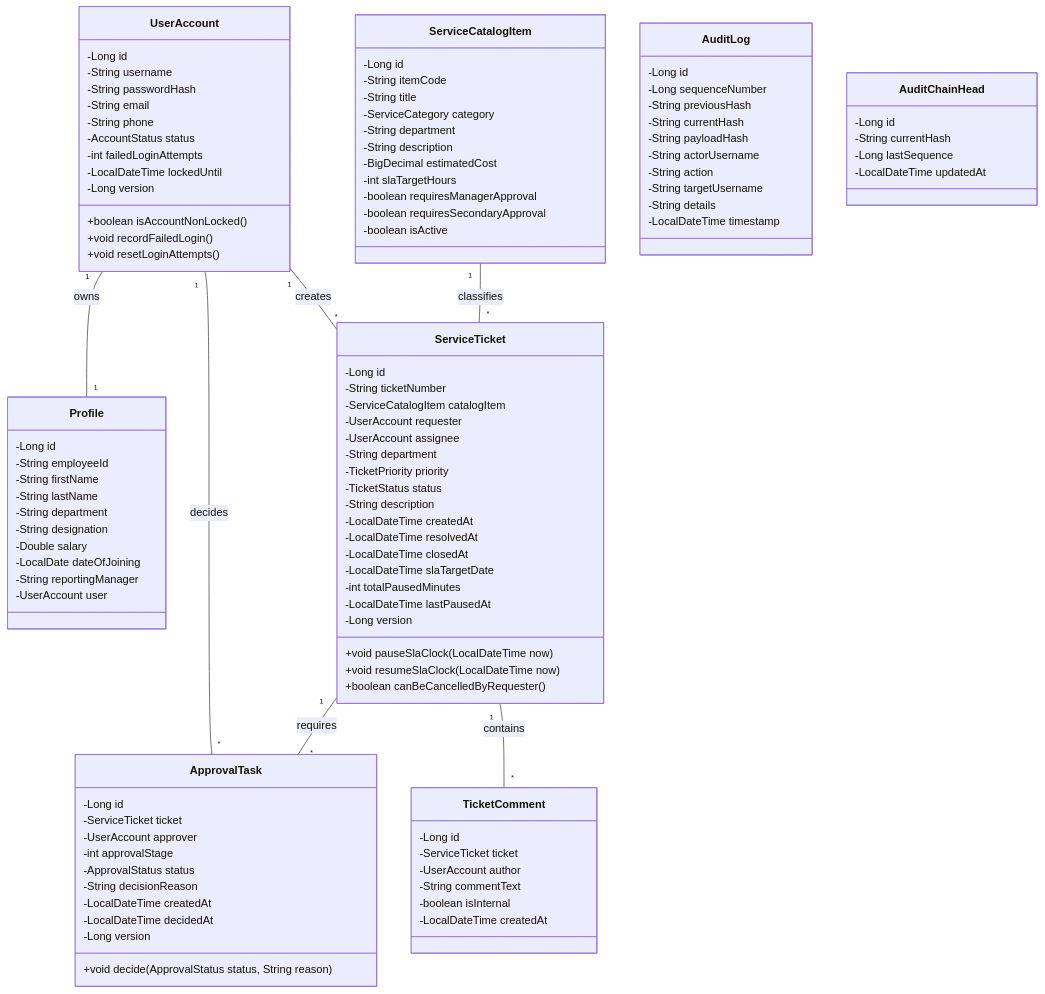
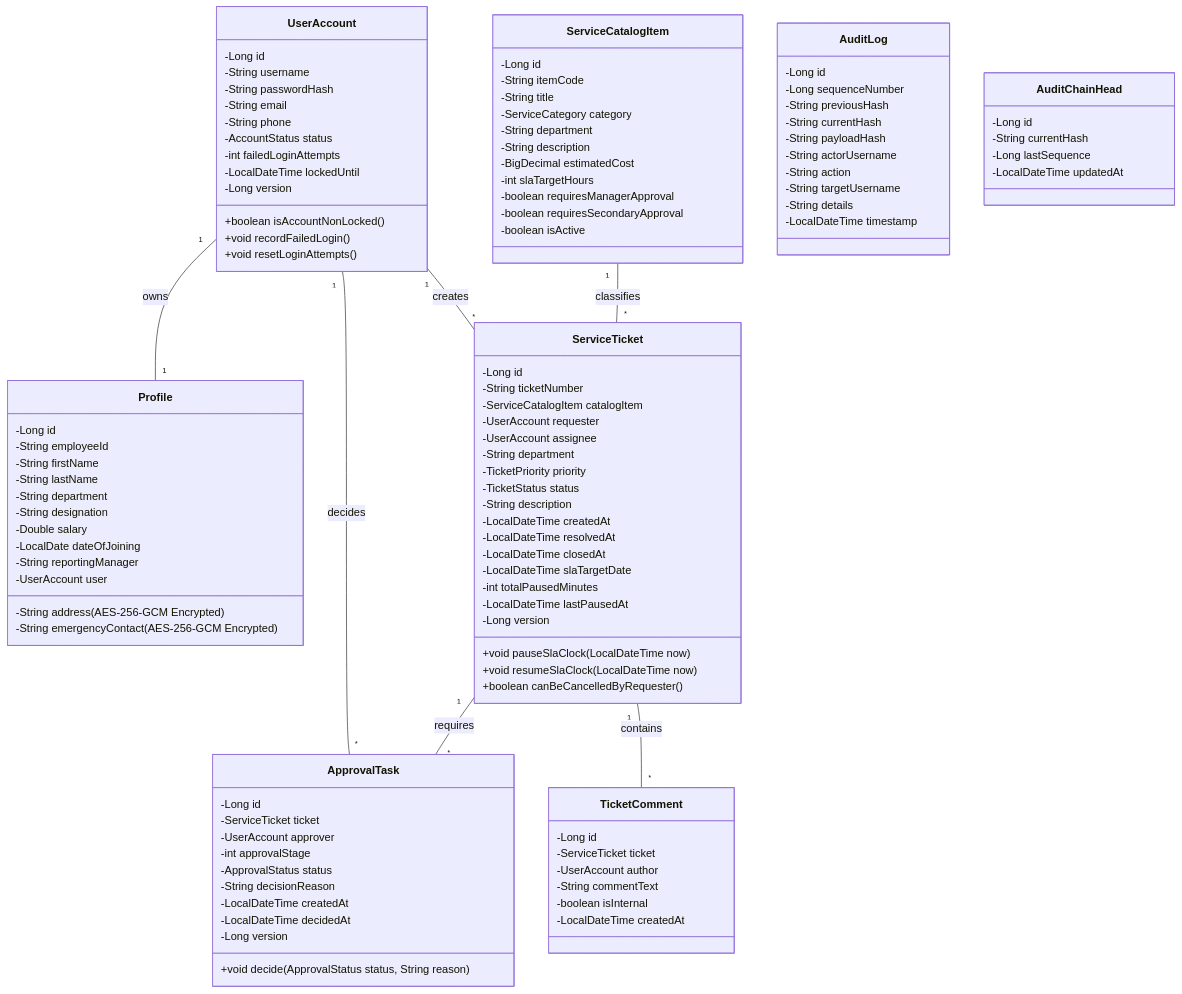
One commit to iyyappanecys033/EMPORA changed the first of 2 diagrams in docs/architecture/LLD.md. Above: the diagram before and after it, drawn with Mermaid. The commit also changed other lines of this file and 20 other files, not shown here.

```diff
--- a/docs/architecture/LLD.md
+++ b/docs/architecture/LLD.md
@@ -47,6 +50,8 @@
         -String department
         -String designation
         -Double salary
+        -String address (AES-256-GCM Encrypted)
+        -String emergencyContact (AES-256-GCM Encrypted)
         -LocalDate dateOfJoining
         -String reportingManager
         -UserAccount user
```
